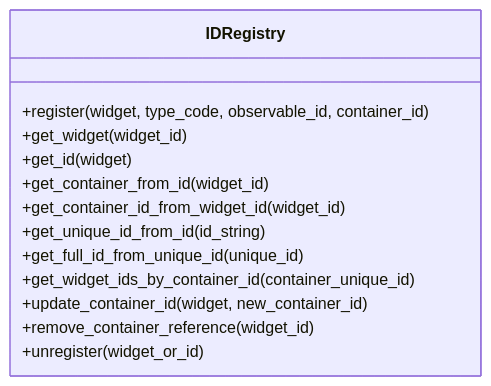
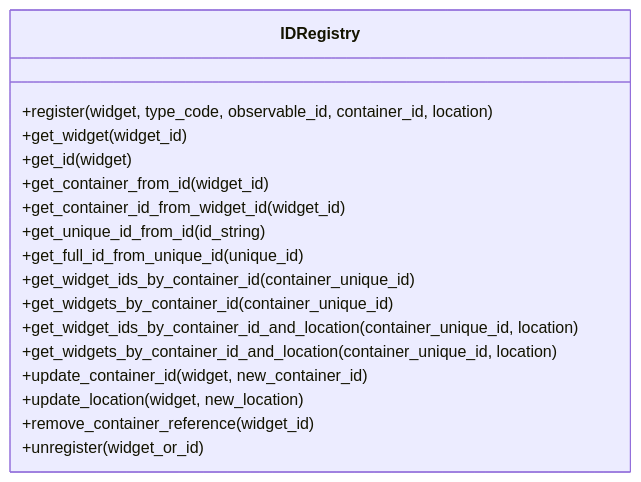
One commit to maro7tigre/PySignalDecipher changed the second of 2 diagrams in command_system/docs/id_system.md. Above: the diagram before and after it, drawn with Mermaid. The commit also changed other lines of this file and 1 other file, not shown here.

````diff
--- a/command_system/docs/id_system.md
+++ b/command_system/docs/id_system.md
@@ -75,16 +75,20 @@
 ```mermaid
 classDiagram
     class IDRegistry {
-        +register(widget, type_code, observable_id, container_id)
+        +register(widget, type_code, observable_id, container_id, location)
         +get_widget(widget_id)
         +get_id(widget)
         +get_container_from_id(widget_id)
         +get_container_id_from_widget_id(widget_id)
         +get_unique_id_from_id(id_string)
         +get_full_id_from_unique_id(unique_id)
         +get_widget_ids_by_container_id(container_unique_id)
+        +get_widgets_by_container_id(container_unique_id)
+        +get_widget_ids_by_container_id_and_location(container_unique_id, location)
+        +get_widgets_by_container_id_and_location(container_unique_id, location)
         +update_container_id(widget, new_container_id)
+        +update_location(widget, new_location)
         +remove_container_reference(widget_id)
         +unregister(widget_or_id)
     }
 ```
````
